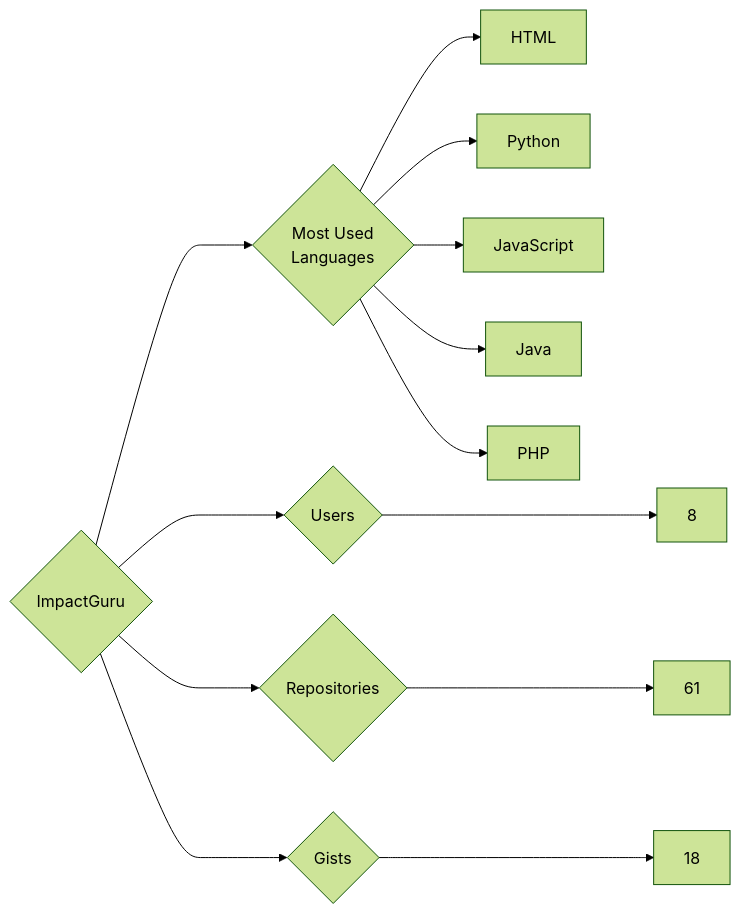
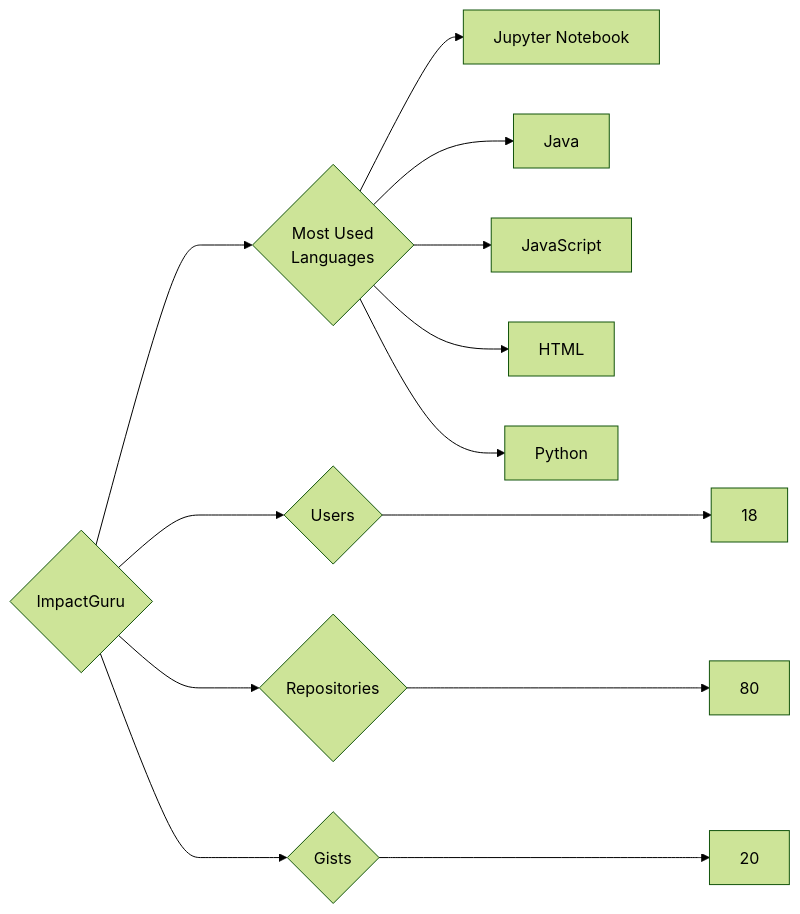
One commit to trickest/insiders changed the diagram in targets/ImpactGuru/README.md. Above: the diagram before and after it, drawn with Mermaid (forest theme). The commit also changed 891 other files, not shown here.

````diff
--- a/targets/ImpactGuru/README.md
+++ b/targets/ImpactGuru/README.md
@@ -3,13 +3,13 @@
 ```mermaid
 graph LR
 COMPANY_NAME{ImpactGuru}
-COMPANY_NAME ---> U{Users} ---> UN[8]
-COMPANY_NAME ---> R{Repositories} ---> RN[61]
-COMPANY_NAME ---> G{Gists} ---> GN[18]
+COMPANY_NAME ---> U{Users} ---> UN[18]
+COMPANY_NAME ---> R{Repositories} ---> RN[80]
+COMPANY_NAME ---> G{Gists} ---> GN[20]
 COMPANY_NAME ---> ML{Most Used<br>Languages}
+ML --> Jupyter_Notebook[Jupyter Notebook]
+ML --> Java[Java]
+ML --> JavaScript[JavaScript]
 ML --> HTML[HTML]
 ML --> Python[Python]
-ML --> JavaScript[JavaScript]
-ML --> Java[Java]
-ML --> PHP[PHP]
 ```
````
